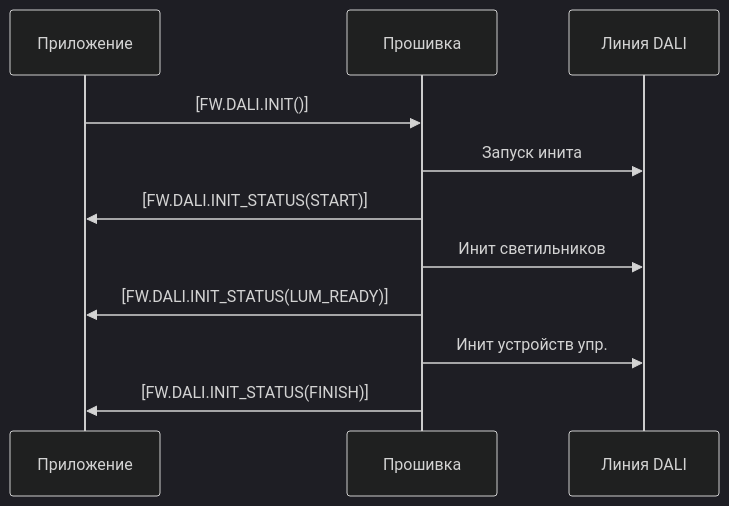
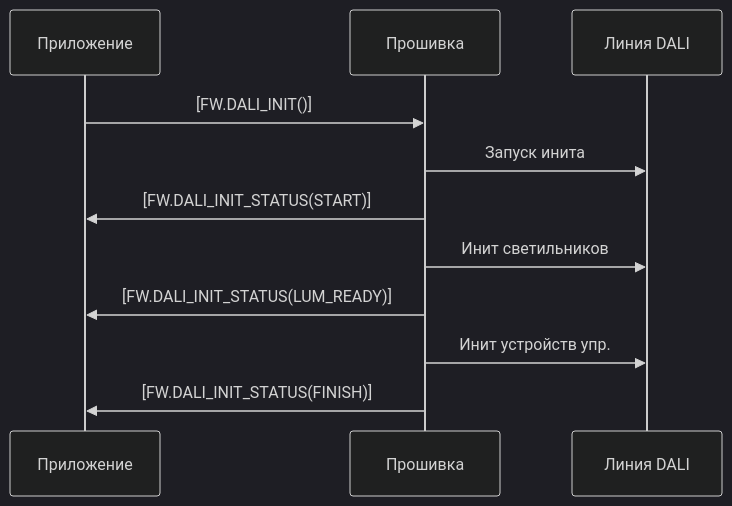
Before and after one commit to KhudyakovAlex/Synapse: the second of 2 diagrams in PDS/SynapsePDS_FW_Logic.md, drawn with Mermaid (dark theme). The commit also changed other lines of this file and 8 other files, not shown here.

Commit message:
Update docs: fix USML telegrams format, add sequenceDiagram rule to prompt

````diff
--- a/PDS/SynapsePDS_FW_Logic.md
+++ b/PDS/SynapsePDS_FW_Logic.md
@@ -91,14 +91,14 @@
 ```mermaid
 sequenceDiagram
     participant Приложение
     participant Прошивка
     participant Линия DALI
 
-    Приложение->>Прошивка:[FW.DALI.INIT()]
+    Приложение->>Прошивка:[FW.DALI_INIT()]
     Прошивка->>Линия DALI:Запуск инита
-    Прошивка->>Приложение:[FW.DALI.INIT_STATUS(START)]
+    Прошивка->>Приложение:[FW.DALI_INIT_STATUS(START)]
     Прошивка->>Линия DALI:Инит светильников
-    Прошивка->>Приложение:[FW.DALI.INIT_STATUS(LUM_READY)]
+    Прошивка->>Приложение:[FW.DALI_INIT_STATUS(LUM_READY)]
     Прошивка->>Линия DALI:Инит устройств упр.
-    Прошивка->>Приложение:[FW.DALI.INIT_STATUS(FINISH)]
+    Прошивка->>Приложение:[FW.DALI_INIT_STATUS(FINISH)]
 ```
````
